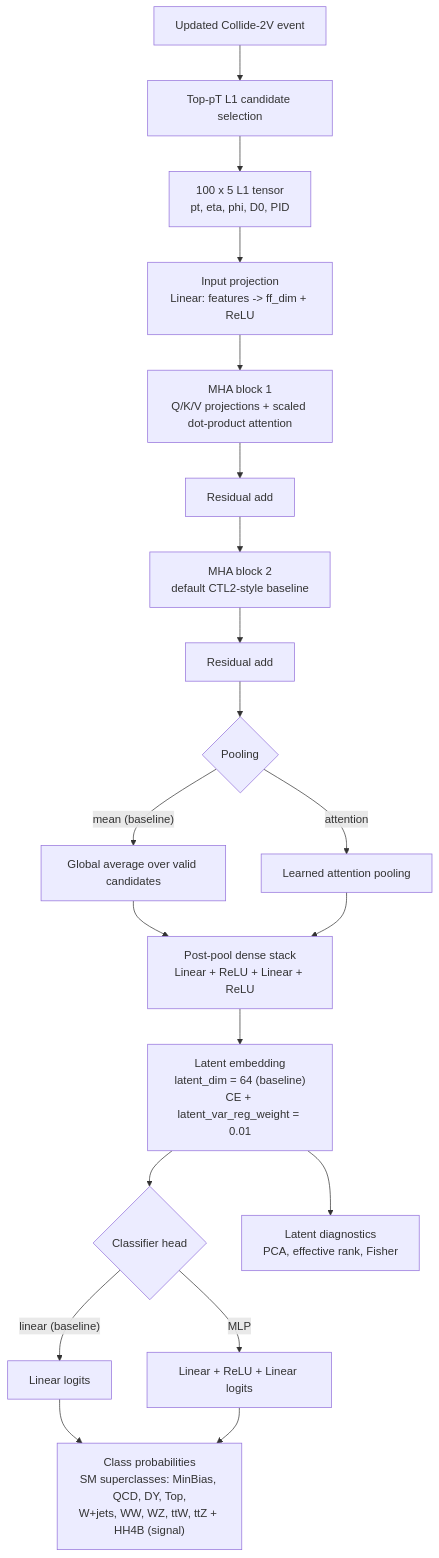
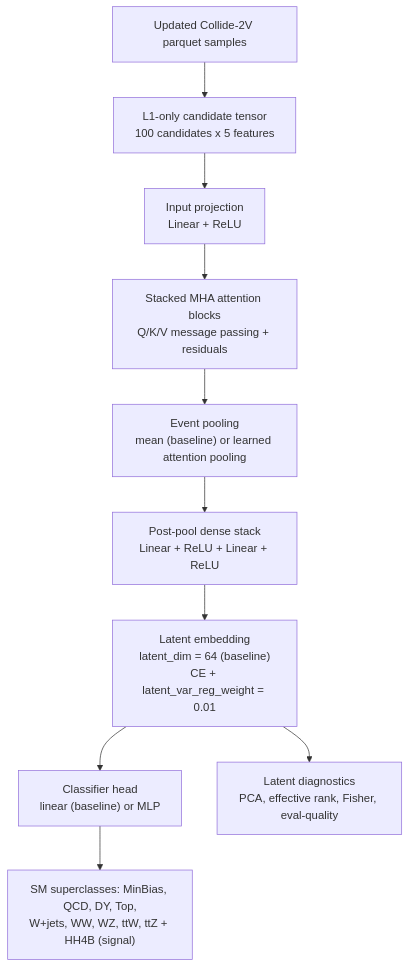
Before and after one commit to imstefleon/NGT-WP3-Representation-Learning-LHC-Triggers: the diagram in ctl2_embedding_model/README.md, drawn with Mermaid. The commit also changed other lines of this file and 116 other files, not shown here.

````diff
--- a/ctl2_embedding_model/README.md
+++ b/ctl2_embedding_model/README.md
@@ -80,26 +75,12 @@
 ```mermaid
 flowchart TD
-    A["Updated Collide-2V event"] --> B["Top-pT L1 candidate selection"]
-    B --> C["100 x 5 L1 tensor<br/>pt, eta, phi, D0, PID"]
-    C --> D["Input projection<br/>Linear: features -> ff_dim + ReLU"]
-
-    D --> E1["MHA block 1<br/>Q/K/V projections + scaled dot-product attention"]
-    E1 --> R1["Residual add"]
-    R1 --> E2["MHA block 2<br/>default CTL2-style baseline"]
-    E2 --> R2["Residual add"]
-
-    R2 --> P{"Pooling"}
-    P -->|"mean (baseline)"| PM["Global average over valid candidates"]
-    P -->|"attention"| PA["Learned attention pooling"]
-
-    PM --> H["Post-pool dense stack<br/>Linear + ReLU + Linear + ReLU"]
-    PA --> H
-    H --> Z["Latent embedding<br/>latent_dim = 64 (baseline)<br/>CE + latent_var_reg_weight = 0.01"]
-    Z --> CL{"Classifier head"}
-    CL -->|"linear (baseline)"| L["Linear logits"]
-    CL -->|"MLP"| M["Linear + ReLU + Linear logits"]
-
-    Z --> Q["Latent diagnostics<br/>PCA, effective rank, Fisher"]
-    L --> O["Class probabilities<br/>SM superclasses: MinBias, QCD, DY, Top,<br/>W+jets, WW, WZ, ttW, ttZ + HH4B (signal)"]
-    M --> O
+    A["Updated Collide-2V parquet samples"] --> B["L1-only candidate tensor<br/>100 candidates x 5 features"]
+    B --> C["Input projection<br/>Linear + ReLU"]
+    C --> D["Stacked MHA attention blocks<br/>Q/K/V message passing + residuals"]
+    D --> E["Event pooling<br/>mean (baseline) or learned attention pooling"]
+    E --> F["Post-pool dense stack<br/>Linear + ReLU + Linear + ReLU"]
+    F --> G["Latent embedding<br/>latent_dim = 64 (baseline)<br/>CE + latent_var_reg_weight = 0.01"]
+    G --> H["Classifier head<br/>linear (baseline) or MLP"]
+    G --> I["Latent diagnostics<br/>PCA, effective rank, Fisher, eval-quality"]
+    H --> J["SM superclasses: MinBias, QCD, DY, Top,<br/>W+jets, WW, WZ, ttW, ttZ + HH4B (signal)"]
 ```
````
